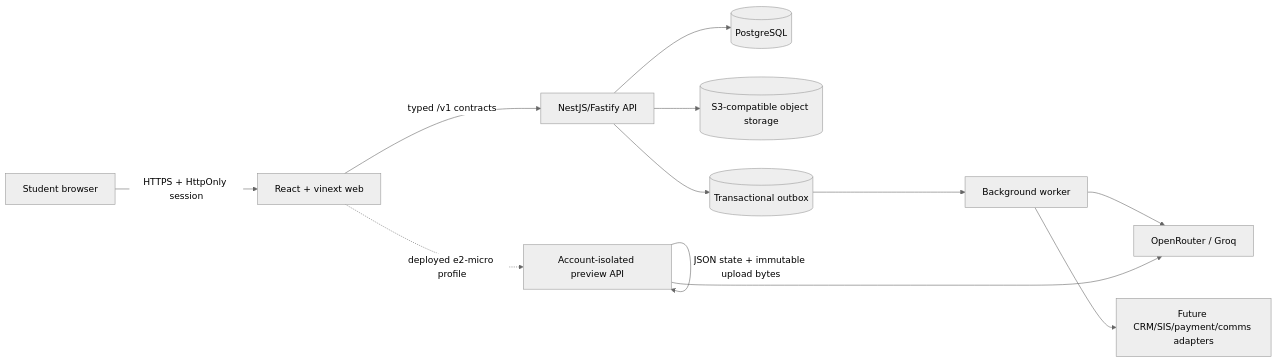
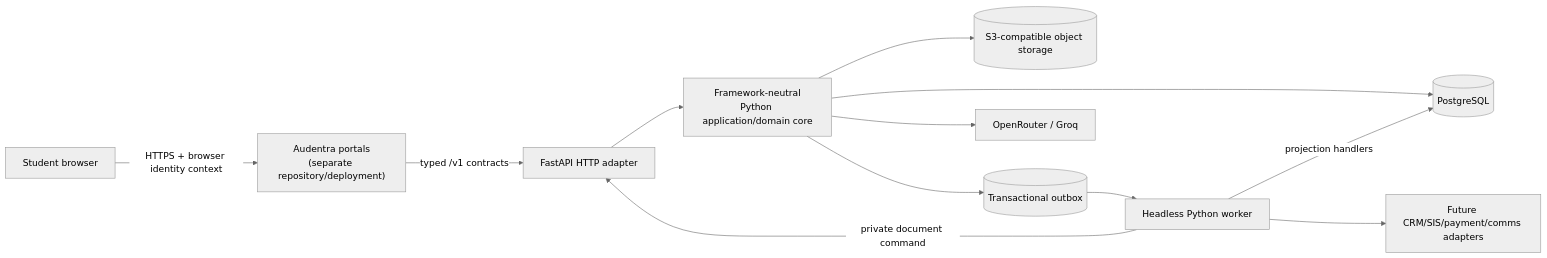
One commit to dhairya2801/audentra-platform-demo changed the first of 3 diagrams in docs/14-current-implementation-map.md. Above: the diagram before and after it, drawn with Mermaid (neutral theme). The commit also changed other lines of this file and 270 other files, not shown here.

Commit message:
feat: replace platform backend with FastAPI

````diff
--- a/docs/14-current-implementation-map.md
+++ b/docs/14-current-implementation-map.md
@@ -9,25 +10,25 @@
 ```mermaid
 flowchart LR
   Browser["Student browser"]
-  Web["React + vinext web"]
-  API["NestJS/Fastify API"]
-  Preview["Account-isolated preview API"]
+  Web["Audentra portals<br/>(separate repository/deployment)"]
+  API["FastAPI HTTP adapter"]
+  Core["Framework-neutral<br/>Python application/domain core"]
   DB[("PostgreSQL")]
   Object[("S3-compatible object storage")]
   Outbox[("Transactional outbox")]
-  Worker["Background worker"]
+  Worker["Headless Python worker"]
   AI["OpenRouter / Groq"]
   CRM["Future CRM/SIS/payment/comms adapters"]
 
-  Browser -->|HTTPS + HttpOnly session| Web
+  Browser -->|HTTPS + browser identity context| Web
   Web -->|typed /v1 contracts| API
-  Web -. "deployed e2-micro profile" .-> Preview
-  API --> DB
-  API --> Object
-  API --> Outbox
+  API --> Core
+  Core --> DB
+  Core --> Object
+  Core --> Outbox
+  Core --> AI
   Outbox --> Worker
-  Worker --> AI
+  Worker -->|private document command| API
+  Worker -->|projection handlers| DB
   Worker --> CRM
-  Preview -->|JSON state + immutable upload bytes| Preview
-  Preview --> AI
 ```
````
